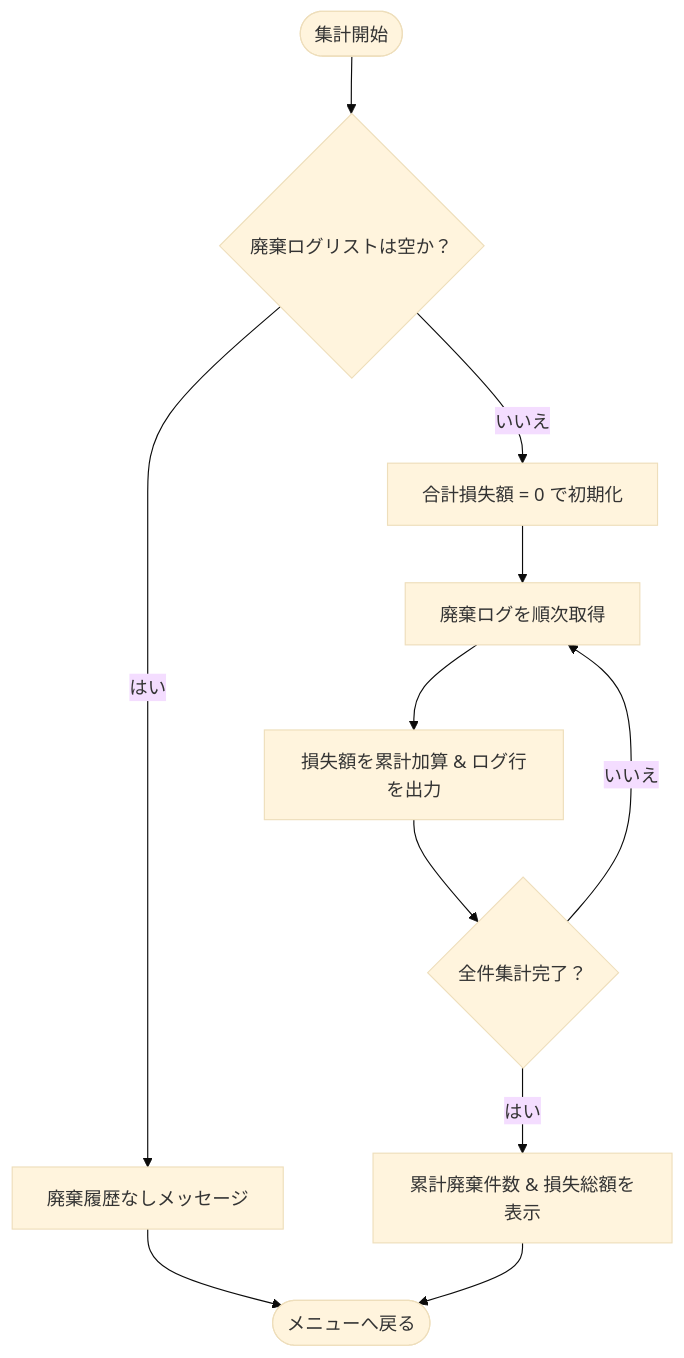
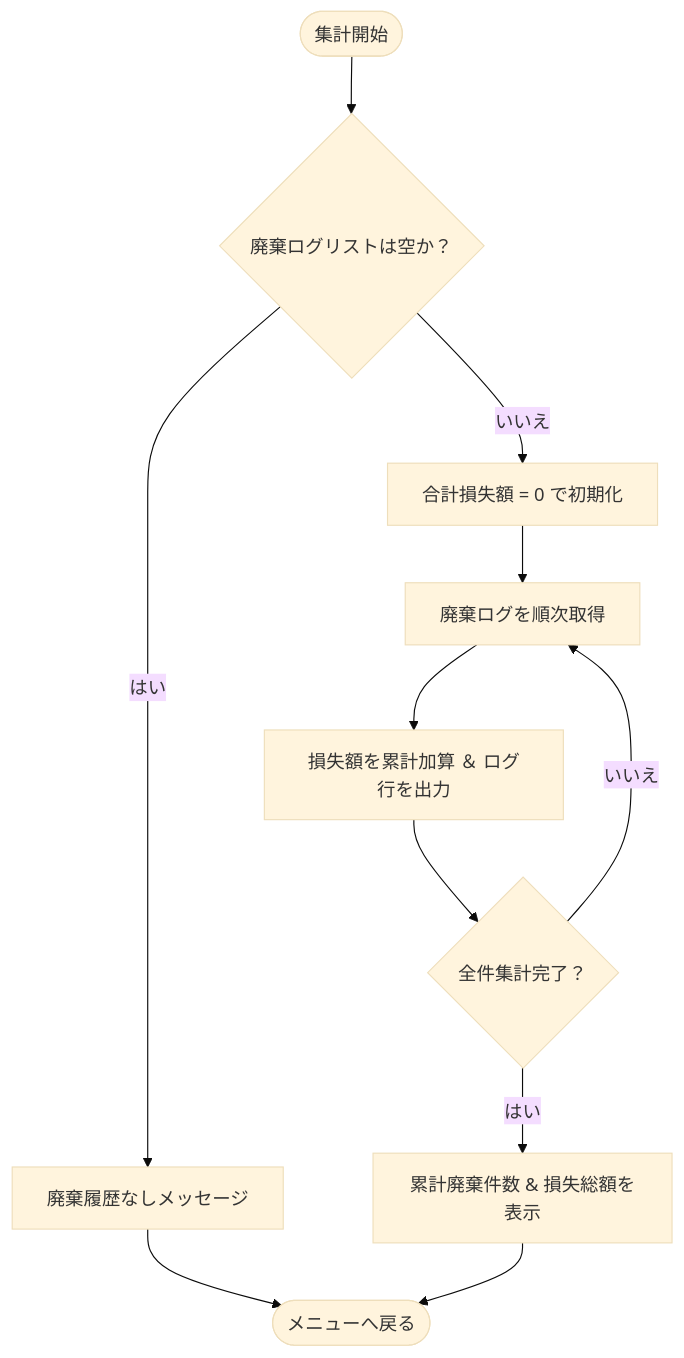
One commit to Utubari-keisuke/FreshOps-CLI changed the sixth of 6 diagrams in README.md. Above: the diagram before and after it, drawn with Mermaid (base theme).

````diff
--- a/README.md
+++ b/README.md
@@ -129,14 +129,14 @@
 ```mermaid
 flowchart TD
     Start([集計開始]) --> CheckEmpty{廃棄ログリストは空か？}
     CheckEmpty -- はい --> ShowEmpty[廃棄履歴なしメッセージ] --> End([メニューへ戻る])
     
     CheckEmpty -- いいえ --> InitSum[合計損失額 = 0 で初期化]
     InitSum --> LoopLogs[廃棄ログを順次取得]
-    LoopLogs --> SumUp[損失額を累計加算 & ログ行を出力]
+    LoopLogs --> SumUp[損失額を累計加算 ＆ ログ行を出力]
     
     SumUp --> CheckNext{全件集計完了？}
     CheckNext -- いいえ --> LoopLogs
     CheckNext -- はい --> ShowReport[累計廃棄件数 & 損失総額を表示] --> End
 
 ```
````
